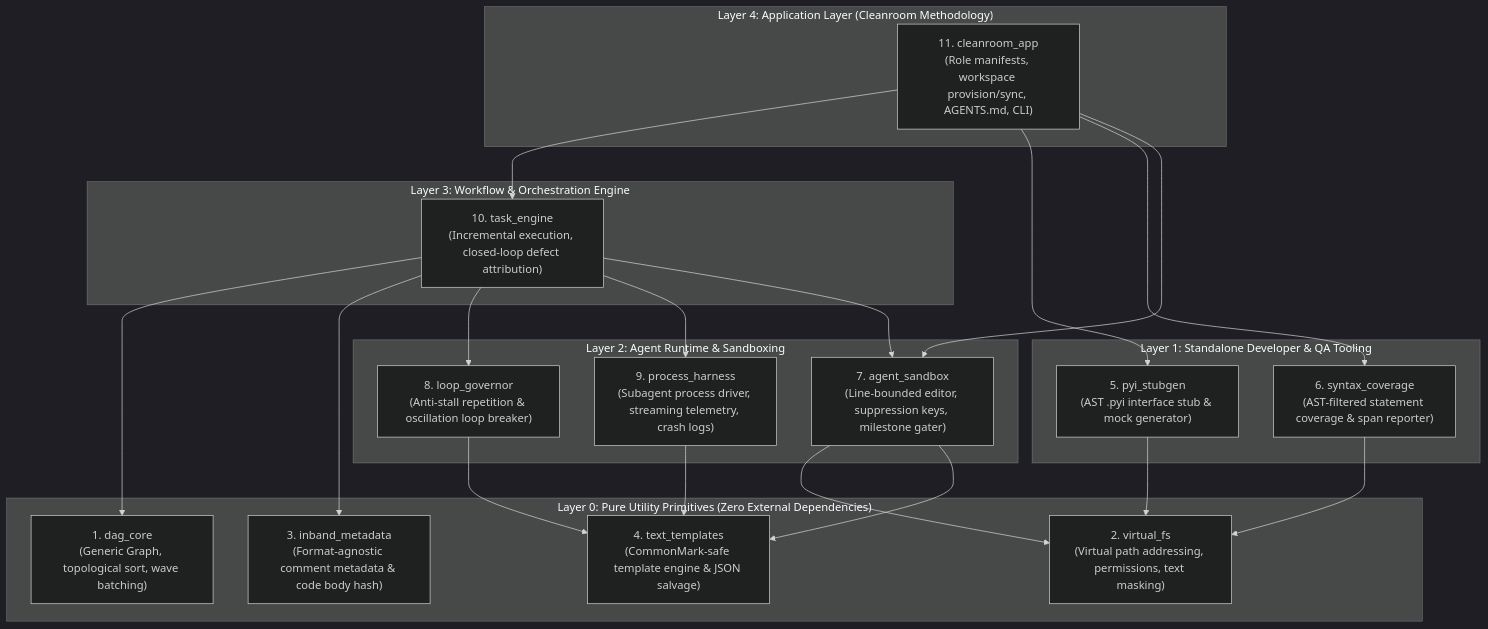
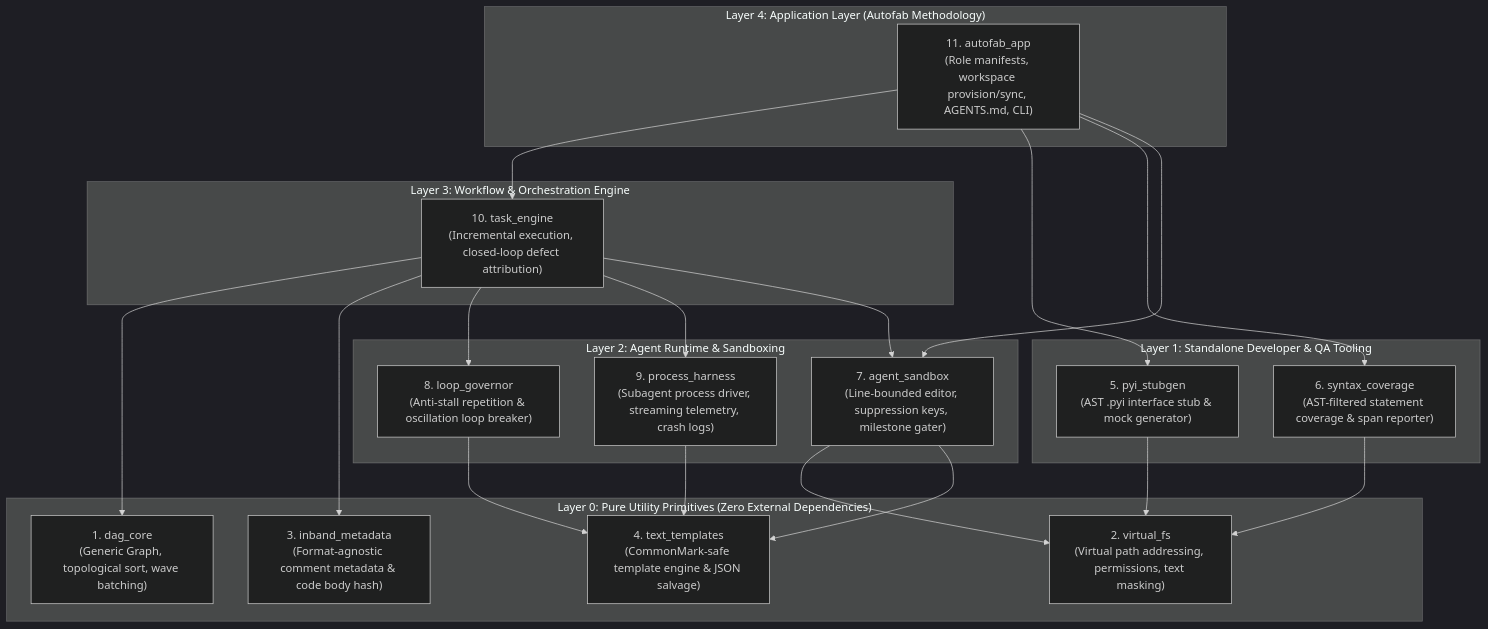
Before and after one commit to mcdirmid/cleanroom: the third of 4 diagrams in design-docs/modular_subsystems_architecture.md, drawn with Mermaid (dark theme). The commit also changed other lines of this file and 1473 other files, not shown here.

````diff
--- a/design-docs/modular_subsystems_architecture.md
+++ b/design-docs/modular_subsystems_architecture.md
@@ -171,48 +171,48 @@
 ```mermaid
 flowchart TD
-    subgraph Layer4["Layer 4: Application Layer (Cleanroom Methodology)"]
-        cleanroom_app["11. cleanroom_app<br/>(Role manifests, workspace provision/sync, AGENTS.md, CLI)"]
+    subgraph Layer4["Layer 4: Application Layer (Autofab Methodology)"]
+        autofab_app["11. autofab_app<br/>(Role manifests, workspace provision/sync, AGENTS.md, CLI)"]
     end
 
     subgraph Layer3["Layer 3: Workflow & Orchestration Engine"]
         task_engine["10. task_engine<br/>(Incremental execution, closed-loop defect attribution)"]
     end
 
     subgraph Layer2["Layer 2: Agent Runtime & Sandboxing"]
         agent_sandbox["7. agent_sandbox<br/>(Line-bounded editor, suppression keys, milestone gater)"]
         loop_governor["8. loop_governor<br/>(Anti-stall repetition & oscillation loop breaker)"]
         process_harness["9. process_harness<br/>(Subagent process driver, streaming telemetry, crash logs)"]
     end
 
     subgraph Layer1["Layer 1: Standalone Developer & QA Tooling"]
         pyi_stubgen["5. pyi_stubgen<br/>(AST .pyi interface stub & mock generator)"]
         syntax_coverage["6. syntax_coverage<br/>(AST-filtered statement coverage & span reporter)"]
     end
 
     subgraph Layer0["Layer 0: Pure Utility Primitives (Zero External Dependencies)"]
         dag_core["1. dag_core<br/>(Generic Graph, topological sort, wave batching)"]
         virtual_fs["2. virtual_fs<br/>(Virtual path addressing, permissions, text masking)"]
         inband_metadata["3. inband_metadata<br/>(Format-agnostic comment metadata & code body hash)"]
         text_templates["4. text_templates<br/>(CommonMark-safe template engine & JSON salvage)"]
     end
 
     %% Dependencies (Strictly Downward)
-    cleanroom_app --> task_engine
-    cleanroom_app --> pyi_stubgen
-    cleanroom_app --> syntax_coverage
-    cleanroom_app --> agent_sandbox
+    autofab_app --> task_engine
+    autofab_app --> pyi_stubgen
+    autofab_app --> syntax_coverage
+    autofab_app --> agent_sandbox
 
     task_engine --> dag_core
     task_engine --> inband_metadata
     task_engine --> loop_governor
     task_engine --> process_harness
     task_engine --> agent_sandbox
 
     agent_sandbox --> virtual_fs
     agent_sandbox --> text_templates
     loop_governor --> text_templates
     process_harness --> text_templates
 
     pyi_stubgen --> virtual_fs
     syntax_coverage --> virtual_fs
 ```
````
